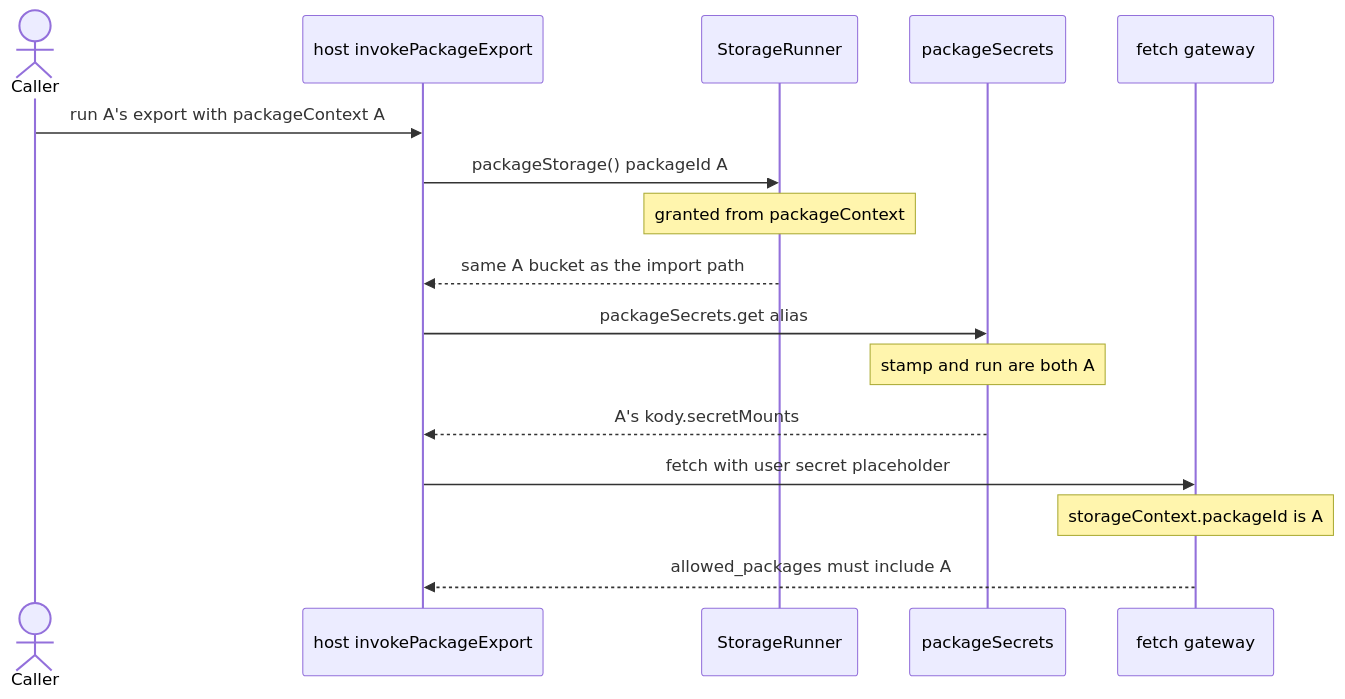
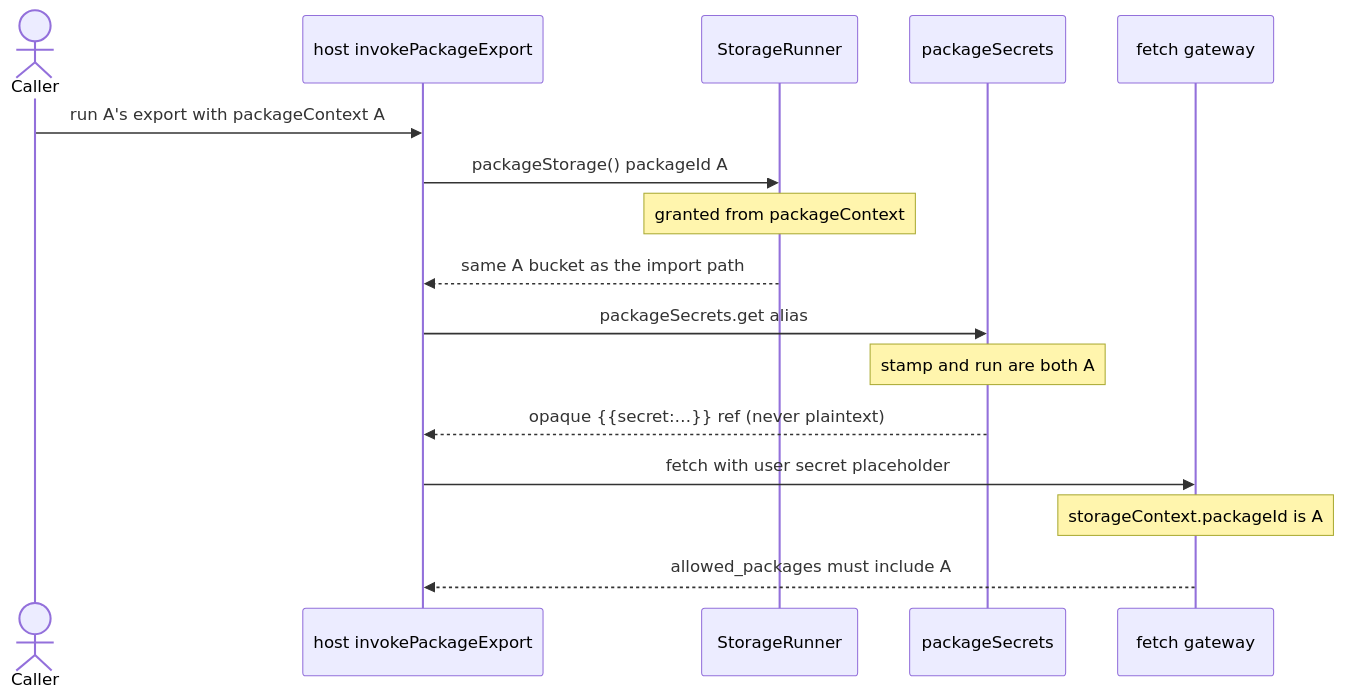
Before and after one commit to kentcdodds/kody: the second of 5 diagrams in docs/contributing/package-storage-static-imports.md, drawn with Mermaid. The commit also changed 23 other files, not shown here.

````diff
--- a/docs/contributing/package-storage-static-imports.md
+++ b/docs/contributing/package-storage-static-imports.md
@@ -117,18 +117,18 @@
 ```mermaid
 sequenceDiagram
 	actor Caller
 	participant Host as host invokePackageExport
 	participant Bucket as StorageRunner
 	participant Mounts as packageSecrets
 	participant Gateway as fetch gateway
 	Caller->>Host: run A's export with packageContext A
 	Host->>Bucket: packageStorage() packageId A
 	Note over Bucket: granted from packageContext
 	Bucket-->>Host: same A bucket as the import path
 	Host->>Mounts: packageSecrets.get alias
 	Note over Mounts: stamp and run are both A
-	Mounts-->>Host: A's kody.secretMounts
+	Mounts-->>Host: opaque {{secret:…}} ref (never plaintext)
 	Host->>Gateway: fetch with user secret placeholder
 	Note over Gateway: storageContext.packageId is A
 	Gateway-->>Host: allowed_packages must include A
 ```
````
